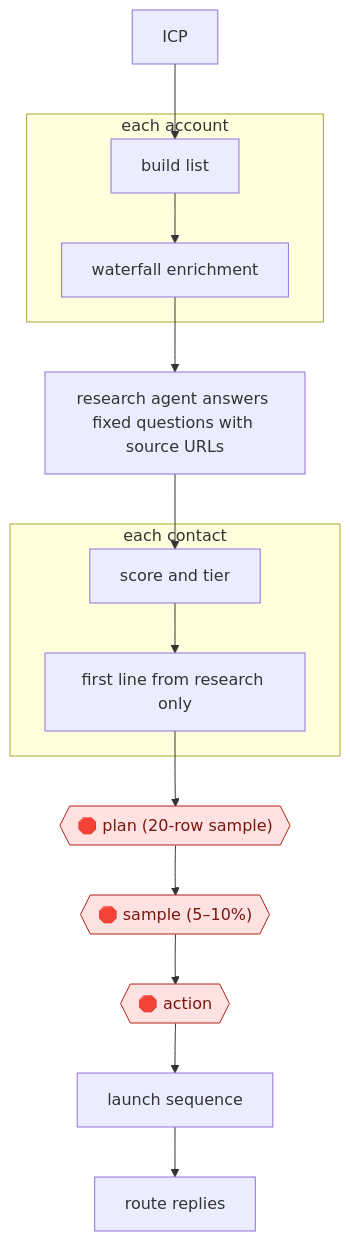
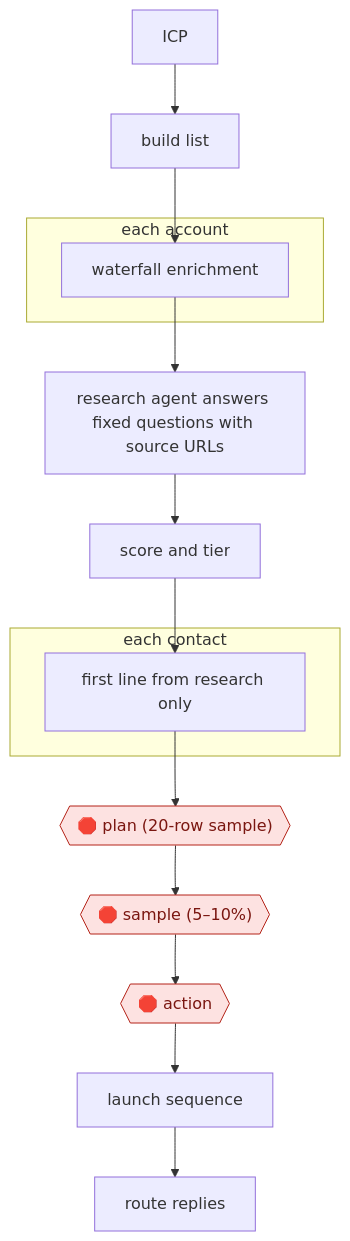
One commit to milesradford99/agent-workflow-atlas changed the diagram in workflows/COM/SAL/PROSPECT/research-then-personalize-outbound/README.md. Above: the diagram before and after it, drawn with Mermaid. The commit also changed other lines of this file and 171 other files, not shown here.

````diff
--- a/workflows/COM/SAL/PROSPECT/research-then-personalize-outbound/README.md
+++ b/workflows/COM/SAL/PROSPECT/research-then-personalize-outbound/README.md
@@ -30,29 +30,29 @@
 ```mermaid
 flowchart TD
   n1["ICP"]
   n2["build list"]
-  n1 --> n2
   subgraph s3["each account"]
   n4["waterfall enrichment"]
-  n2 --> n4
   end
   n5["research agent answers fixed questions with source URLs"]
-  n4 --> n5
   n6["score and tier"]
-  n5 --> n6
   subgraph s7["each contact"]
   n8["first line from research only"]
-  n6 --> n8
   end
   n9{{"🛑 plan (20-row sample)"}}:::stop
+  n10{{"🛑 sample (5–10%)"}}:::stop
+  n11{{"🛑 action"}}:::stop
+  n12["launch sequence"]
+  n13["route replies"]
+  n1 --> n2
+  n2 --> n4
+  n4 --> n5
+  n5 --> n6
+  n6 --> n8
   n8 --> n9
-  n10{{"🛑 sample (5–10%)"}}:::stop
   n9 --> n10
-  n11{{"🛑 action"}}:::stop
   n10 --> n11
-  n12["launch sequence"]
   n11 --> n12
-  n13["route replies"]
   n12 --> n13
   classDef stop fill:#fde2e1,stroke:#b42318,color:#7a1610
 ```
````
